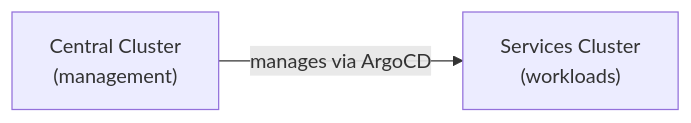
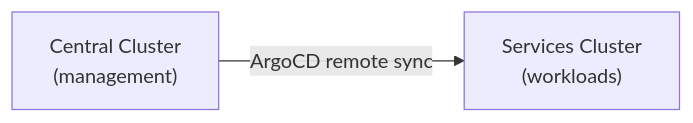
Before and after one commit to hybrid-sovereign-cloud/hybridcloud: the diagram in architecture/docs/concepts/00-overview.md, drawn with Mermaid. The commit also changed other lines of this file and 157 other files, not shown here.

First line of the commit message:
docs: C4-first architecture cleanup, hardening retest, EDA/AMQ fixes

````diff
--- a/architecture/docs/concepts/00-overview.md
+++ b/architecture/docs/concepts/00-overview.md
@@ -11,6 +11,6 @@
 ```mermaid
 graph LR
     Central["Central Cluster<br/>(management)"]
     Services["Services Cluster<br/>(workloads)"]
-    Central -->|manages via ArgoCD| Services
+    Central -->|ArgoCD remote sync| Services
 ```
````
